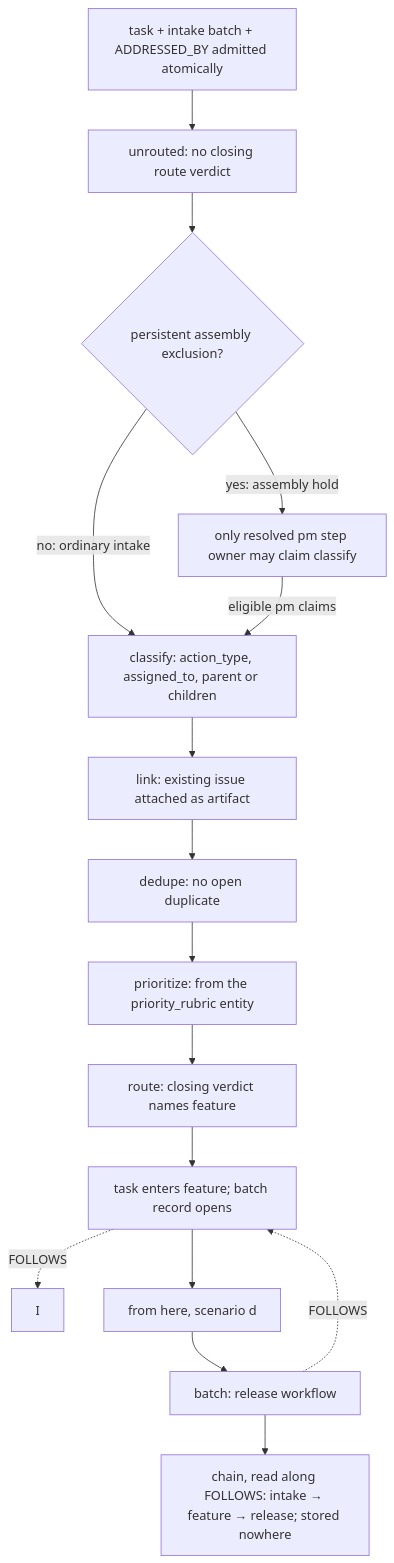
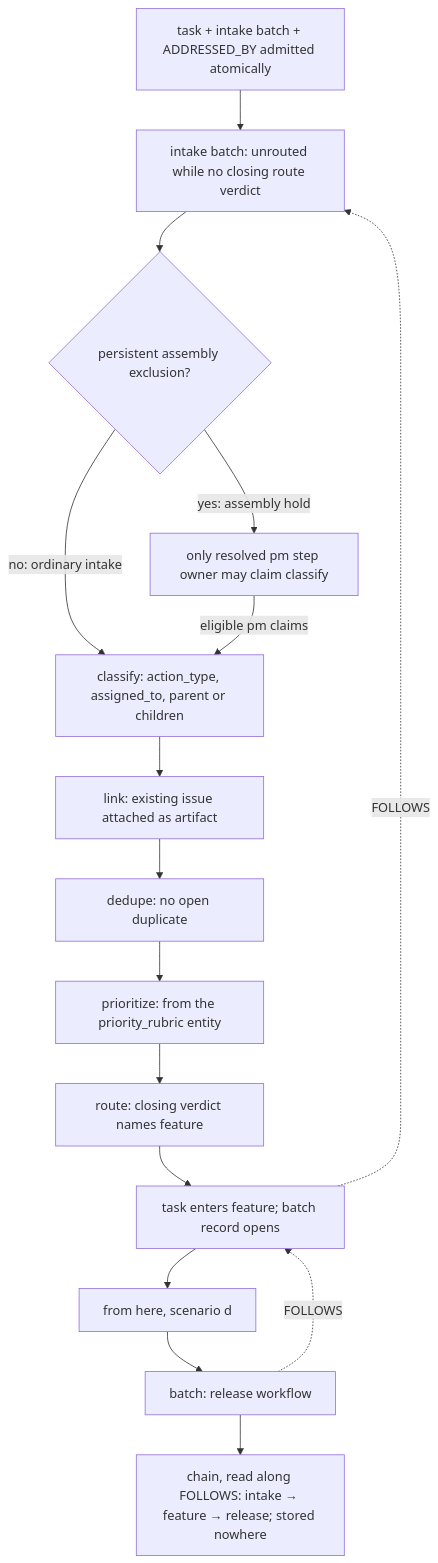
Before and after one commit to markmhendrickson/ateles: the tenth of 10 diagrams in docs/foundation/scenarios.md, drawn with Mermaid. The commit also changed other lines of this file and 12 other files, not shown here.

````diff
--- a/docs/foundation/scenarios.md
+++ b/docs/foundation/scenarios.md
@@ -346,18 +350,18 @@
 ```mermaid
 flowchart TD
-    C[task + intake batch + ADDRESSED_BY admitted atomically] --> U[unrouted: no closing route verdict]
-    U --> A{persistent assembly exclusion?}
+    C[task + intake batch + ADDRESSED_BY admitted atomically] --> I[intake batch: unrouted while no closing route verdict]
+    I --> A{persistent assembly exclusion?}
     A -->|no: ordinary intake| S1[classify: action_type, assigned_to, parent or children]
     A -->|yes: assembly hold| H[only resolved pm step owner may claim classify]
     H -->|eligible pm claims| S1
     S1 --> S2[link: existing issue attached as artifact]
     S2 --> S3[dedupe: no open duplicate]
     S3 --> S4[prioritize: from the priority_rubric entity]
     S4 --> S5[route: closing verdict names feature]
     S5 --> F[task enters feature; batch record opens]
     F -.->|FOLLOWS| I
     F --> D[from here, scenario d]
     D --> R[batch: release workflow]
     R -.->|FOLLOWS| F
     R --> CH[chain, read along FOLLOWS: intake → feature → release; stored nowhere]
 ```
````
